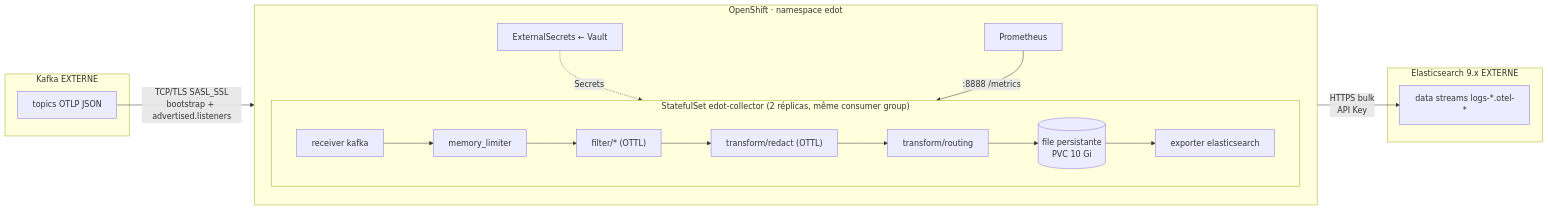
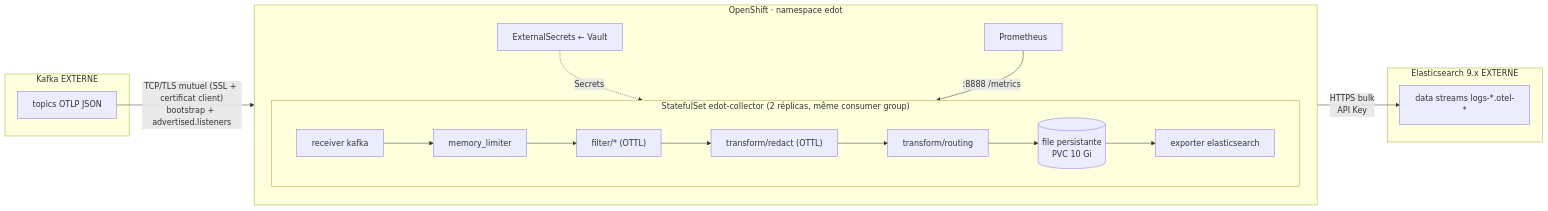
Before and after one commit to Numberbis/gitops-openshift-repo: the diagram in edot-collector/README.md, drawn with Mermaid. The commit also changed other lines of this file and 20 other files, not shown here.

````diff
--- a/edot-collector/README.md
+++ b/edot-collector/README.md
@@ -52,20 +52,20 @@
 ```mermaid
 flowchart LR
     subgraph KAFKA["Kafka EXTERNE"]
         T["topics OTLP JSON"]
     end
     subgraph OCP["OpenShift · namespace edot"]
         direction TB
         subgraph STS["StatefulSet edot-collector (2 réplicas, même consumer group)"]
             direction LR
             R["receiver kafka"] --> ML["memory_limiter"] --> F["filter/* (OTTL)"] --> TR["transform/redact (OTTL)"] --> RT["transform/routing"] --> Q[("file persistante<br/>PVC 10 Gi")] --> E["exporter elasticsearch"]
         end
         ESO["ExternalSecrets ← Vault"] -. "Secrets" .-> STS
         PROM["Prometheus"] -- ":8888 /metrics" --> STS
     end
     subgraph ES["Elasticsearch 9.x EXTERNE"]
         DS["data streams logs-*.otel-*"]
     end
-    T -- "TCP/TLS SASL_SSL<br/>bootstrap + advertised.listeners" --> R
+    T -- "TCP/TLS mutuel (SSL + certificat client)<br/>bootstrap + advertised.listeners" --> R
     E -- "HTTPS bulk<br/>API Key" --> DS
 ```
````
